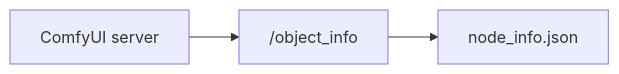
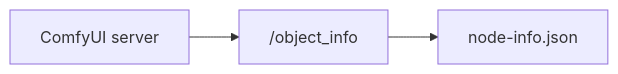
The third of 6 diagrams in README.md (chrisdreid/comfyui-autoflow), drawn with Mermaid before and after one commit. The commit also changed other lines of this file and 1 other file, not shown here.

First line of the commit message:
docs: restructure README feature table, Flow-first examples, move tests to CONTRIBUTING

````diff
--- a/README.md
+++ b/README.md
@@ -112,5 +110,5 @@
 ```mermaid
 flowchart LR
   comfy["ComfyUI server"] --> obj["/object_info"]
-  obj --> file["node_info.json"]
+  obj --> file["node-info.json"]
 ```
````
